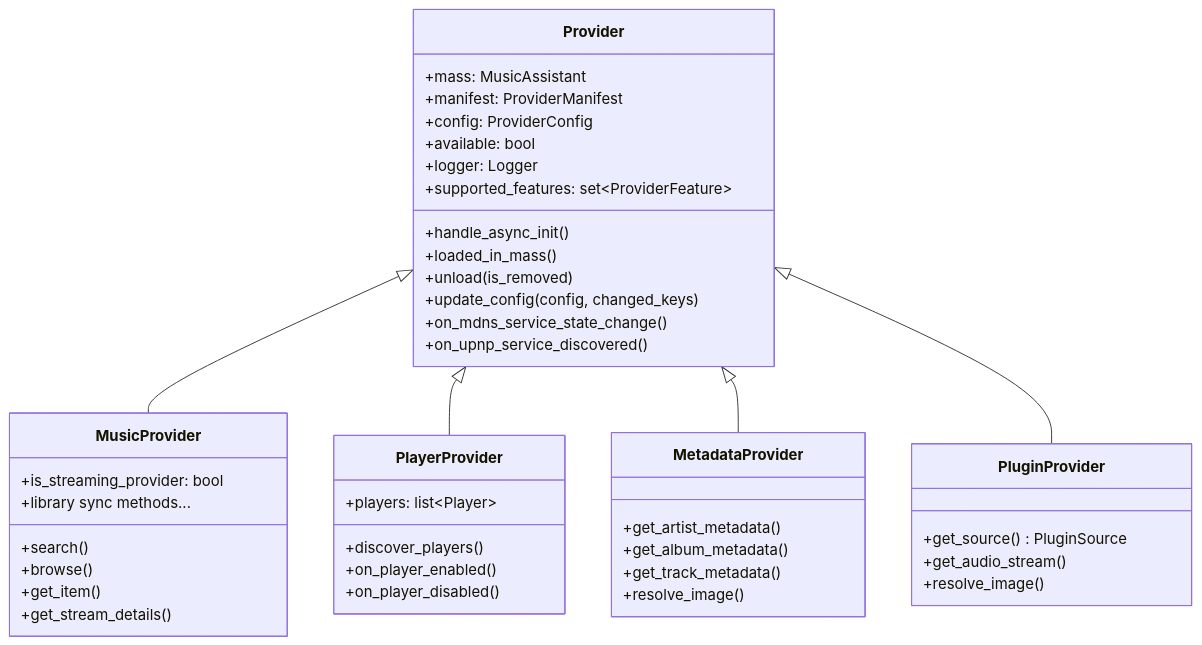
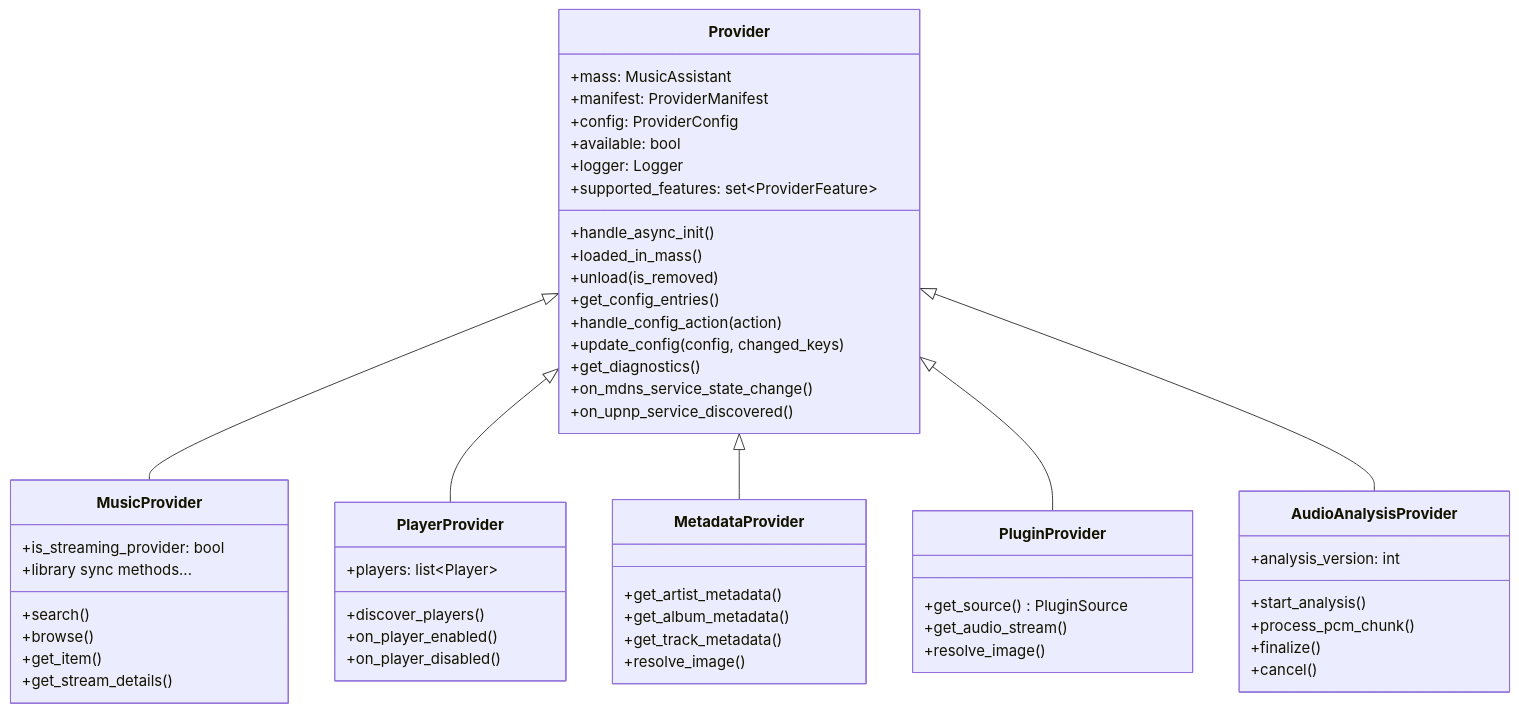
The first of 2 diagrams in docs/architecture/15-provider-lifecycle.md (theturtle32/music-assistant-server), drawn with Mermaid before and after one commit. The commit also changed other lines of this file and 2 other files, not shown here.

First line of the commit message:
docs(architecture): core controller framework, startup order, provider load flow

````diff
--- a/docs/architecture/15-provider-lifecycle.md
+++ b/docs/architecture/15-provider-lifecycle.md
@@ -114,46 +128,57 @@
 ```mermaid
 classDiagram
     class Provider {
         +mass: MusicAssistant
         +manifest: ProviderManifest
         +config: ProviderConfig
         +available: bool
         +logger: Logger
         +supported_features: set~ProviderFeature~
         +handle_async_init()
         +loaded_in_mass()
         +unload(is_removed)
+        +get_config_entries()
+        +handle_config_action(action)
         +update_config(config, changed_keys)
+        +get_diagnostics()
         +on_mdns_service_state_change()
         +on_upnp_service_discovered()
     }
     class MusicProvider {
         +is_streaming_provider: bool
         +search()
         +browse()
         +get_item()
         +get_stream_details()
         +library sync methods...
     }
     class PlayerProvider {
         +discover_players()
         +on_player_enabled()
         +on_player_disabled()
         +players: list~Player~
     }
     class MetadataProvider {
         +get_artist_metadata()
         +get_album_metadata()
         +get_track_metadata()
         +resolve_image()
     }
     class PluginProvider {
         +get_source() PluginSource
         +get_audio_stream()
         +resolve_image()
     }
+    class AudioAnalysisProvider {
+        +analysis_version: int
+        +start_analysis()
+        +process_pcm_chunk()
+        +finalize()
+        +cancel()
+    }
     Provider <|-- MusicProvider
     Provider <|-- PlayerProvider
     Provider <|-- MetadataProvider
     Provider <|-- PluginProvider
+    Provider <|-- AudioAnalysisProvider
 ```
````
